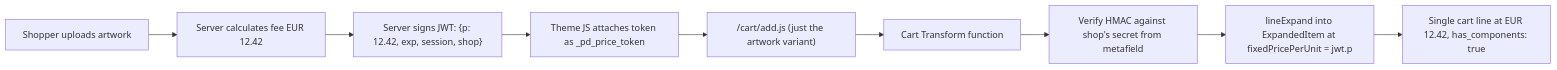
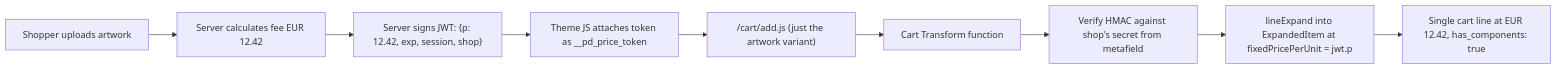
The diagram in docs/PrintDock_DynamicPricing_Plan.md (aaltintop/printDock), drawn with Mermaid before and after one commit. The commit also changed other lines of this file and 11 other files, not shown here.

First line of the commit message:
Hide price token from admin UI with double underscore prefix

````diff
--- a/docs/PrintDock_DynamicPricing_Plan.md
+++ b/docs/PrintDock_DynamicPricing_Plan.md
@@ -86,11 +87,11 @@
 ```mermaid
 flowchart LR
     Upload[Shopper uploads artwork] --> Calc[Server calculates fee EUR 12.42]
     Calc --> Sign["Server signs JWT: {p: 12.42, exp, session, shop}"]
-    Sign --> ThemeJS[Theme JS attaches token as _pd_price_token]
+    Sign --> ThemeJS[Theme JS attaches token as __pd_price_token]
     ThemeJS --> CartAdd["/cart/add.js (just the artwork variant)"]
     CartAdd --> CartTransform[Cart Transform function]
     CartTransform --> Verify[Verify HMAC against shop's secret from metafield]
     Verify --> Expand["lineExpand into ExpandedItem at fixedPricePerUnit = jwt.p"]
     Expand --> Display[Single cart line at EUR 12.42, has_components: true]
 ```
````
